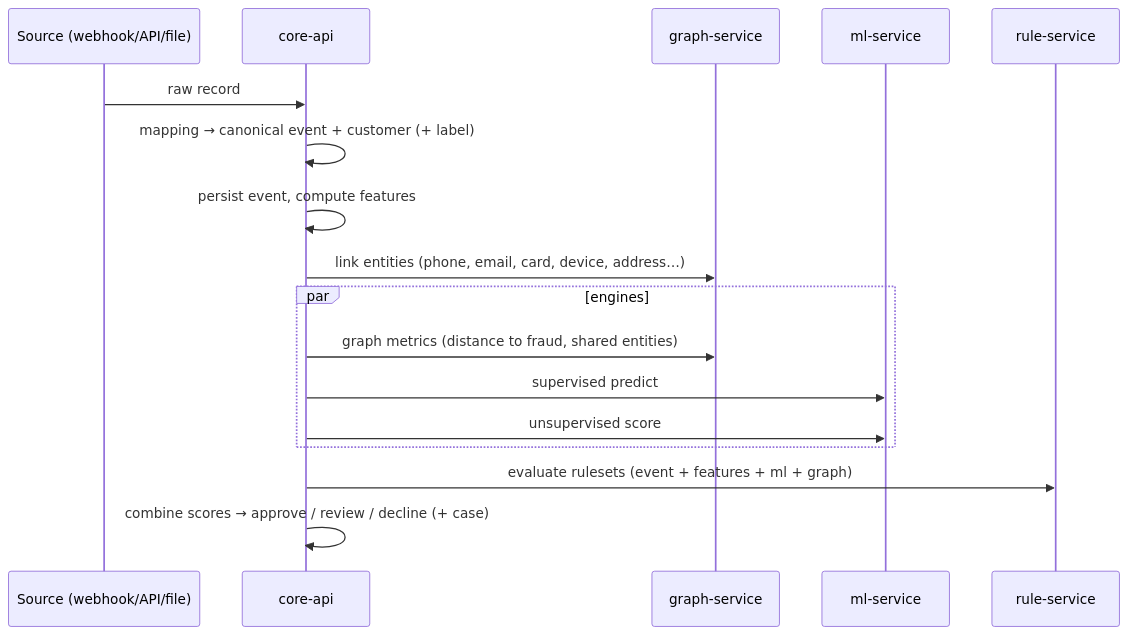
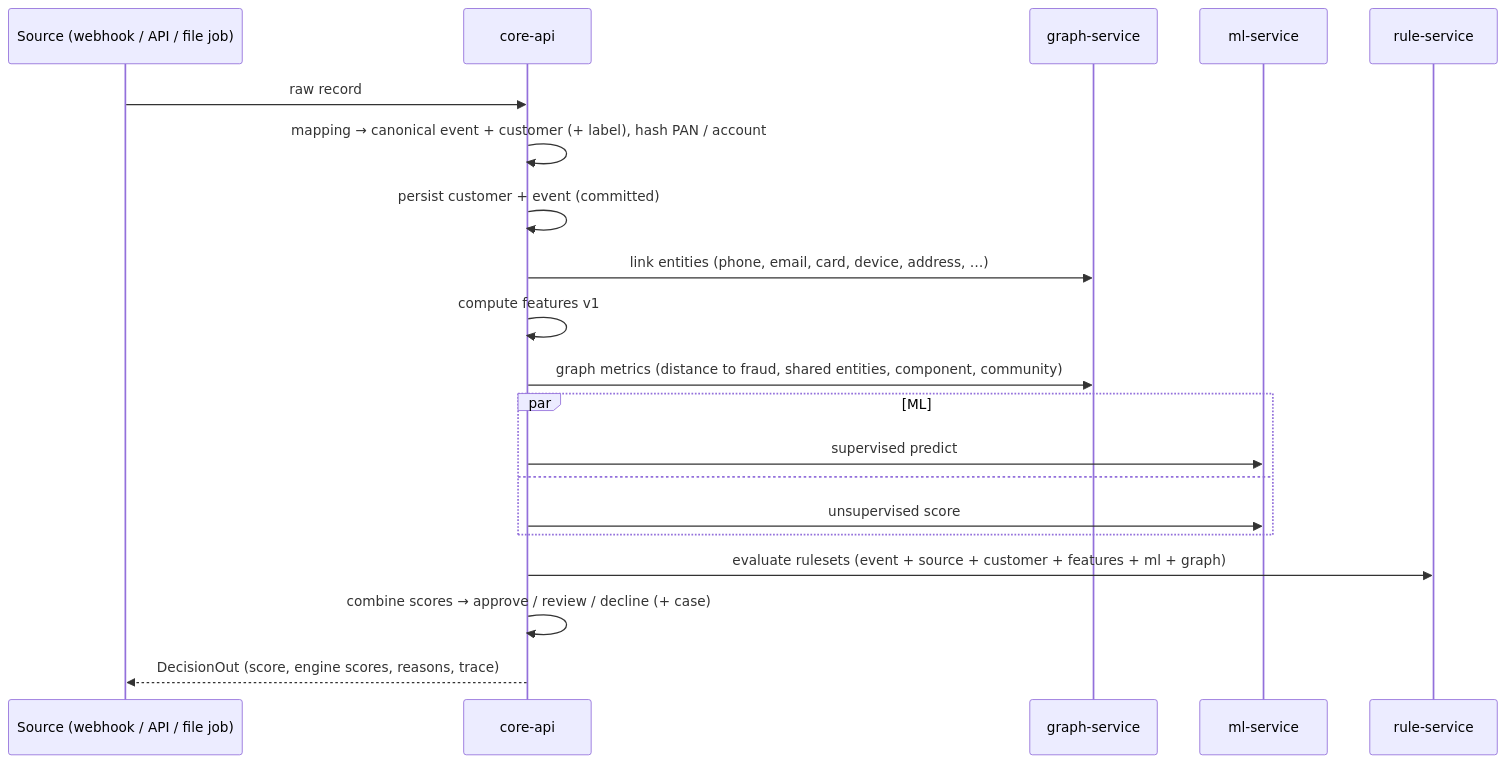
Before and after one commit to situkangsayur/fraud_detection_engine: the third of 5 diagrams in docs/technical/technical-overview.md, drawn with Mermaid. The commit also changed other lines of this file and 35 other files, not shown here.

````diff
--- a/docs/technical/technical-overview.md
+++ b/docs/technical/technical-overview.md
@@ -67,19 +88,22 @@
 ```mermaid
 sequenceDiagram
-  participant S as Source (webhook/API/file)
+  participant S as Source (webhook / API / file job)
   participant C as core-api
   participant G as graph-service
   participant M as ml-service
   participant R as rule-service
   S->>C: raw record
-  C->>C: mapping → canonical event + customer (+ label)
-  C->>C: persist event, compute features
-  C->>G: link entities (phone, email, card, device, address…)
-  par engines
-    C->>G: graph metrics (distance to fraud, shared entities)
+  C->>C: mapping → canonical event + customer (+ label), hash PAN / account
+  C->>C: persist customer + event (committed)
+  C->>G: link entities (phone, email, card, device, address, …)
+  C->>C: compute features v1
+  C->>G: graph metrics (distance to fraud, shared entities, component, community)
+  par ML
     C->>M: supervised predict
+  and
     C->>M: unsupervised score
   end
-  C->>R: evaluate rulesets (event + features + ml + graph)
+  C->>R: evaluate rulesets (event + source + customer + features + ml + graph)
   C->>C: combine scores → approve / review / decline (+ case)
+  C-->>S: DecisionOut (score, engine scores, reasons, trace)
 ```
````
